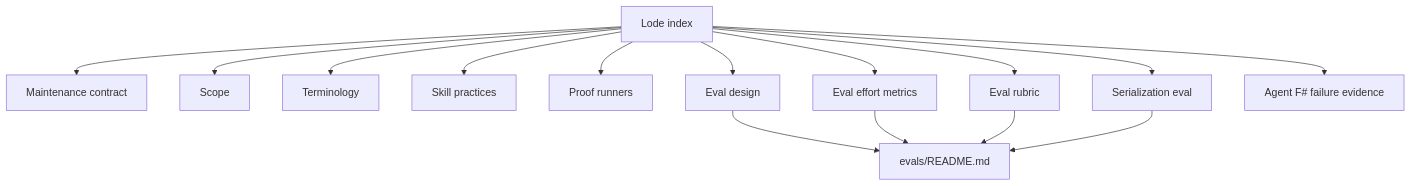
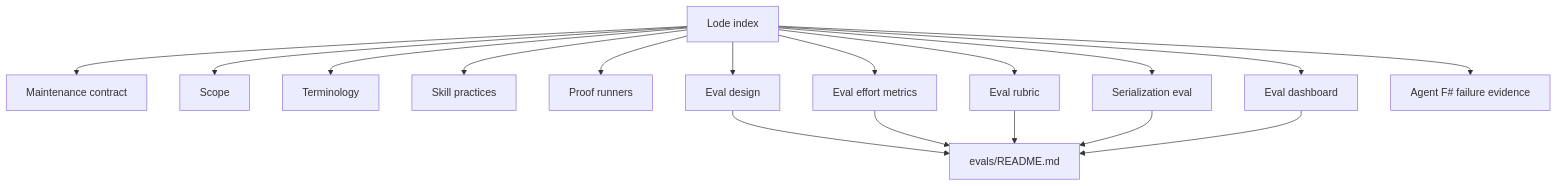
The diagram in lode/lode-map.md (TheAngryByrd/fsharp-skills), drawn with Mermaid before and after one commit. The commit also changed other lines of this file and 28 other files, not shown here.

First line of the commit message:
feat(evals): add an eval dashboard built from committed result sets (#25)

````diff
--- a/lode/lode-map.md
+++ b/lode/lode-map.md
@@ -23,17 +24,19 @@
 ```mermaid
 flowchart TD
     Index[Lode index] --> Readme[Maintenance contract]
     Index --> Summary[Scope]
     Index --> Terms[Terminology]
     Index --> Practices[Skill practices]
     Index --> ProofRunners[Proof runners]
     Index --> EvalDesign[Eval design]
     Index --> EffortMetrics[Eval effort metrics]
     Index --> Rubric[Eval rubric]
+    Index --> Dashboard[Eval dashboard]
     Index --> Serialization[Serialization eval]
     Index --> Failures[Agent F# failure evidence]
     EvalDesign --> EvalsReadme[evals/README.md]
     EffortMetrics --> EvalsReadme
     Rubric --> EvalsReadme
     Serialization --> EvalsReadme
+    Dashboard --> EvalsReadme
 ```
````
